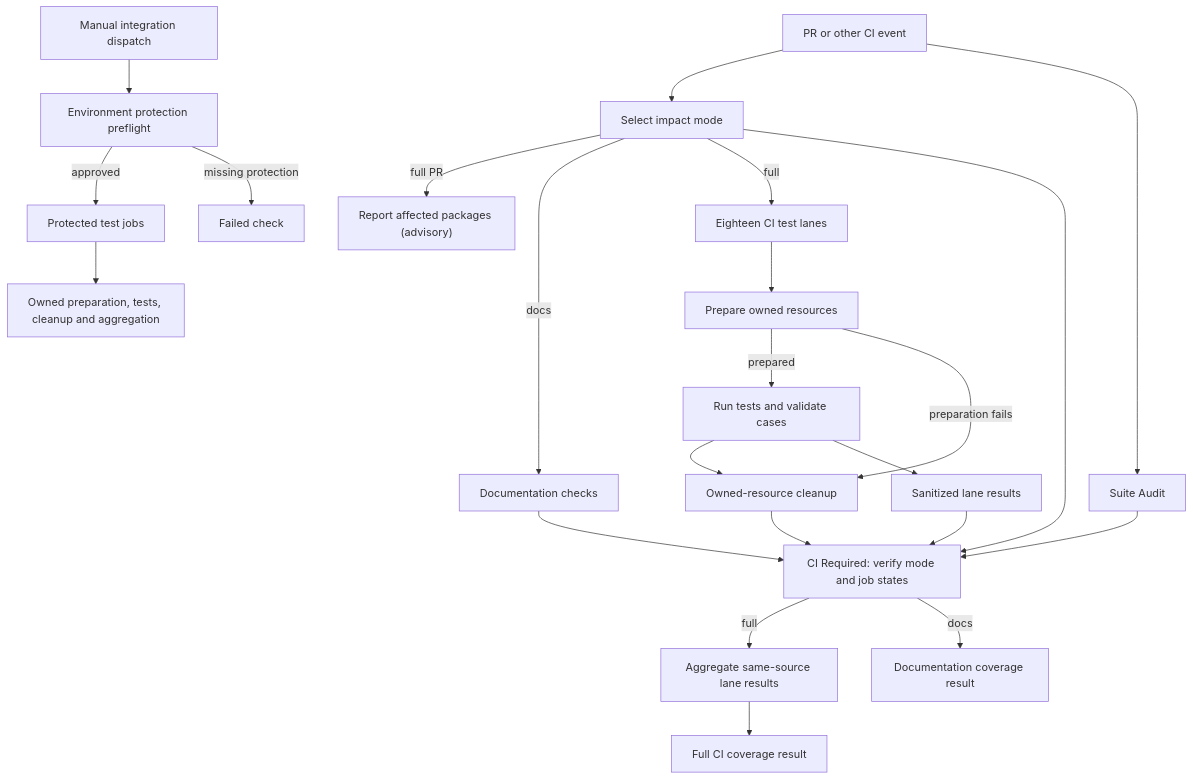
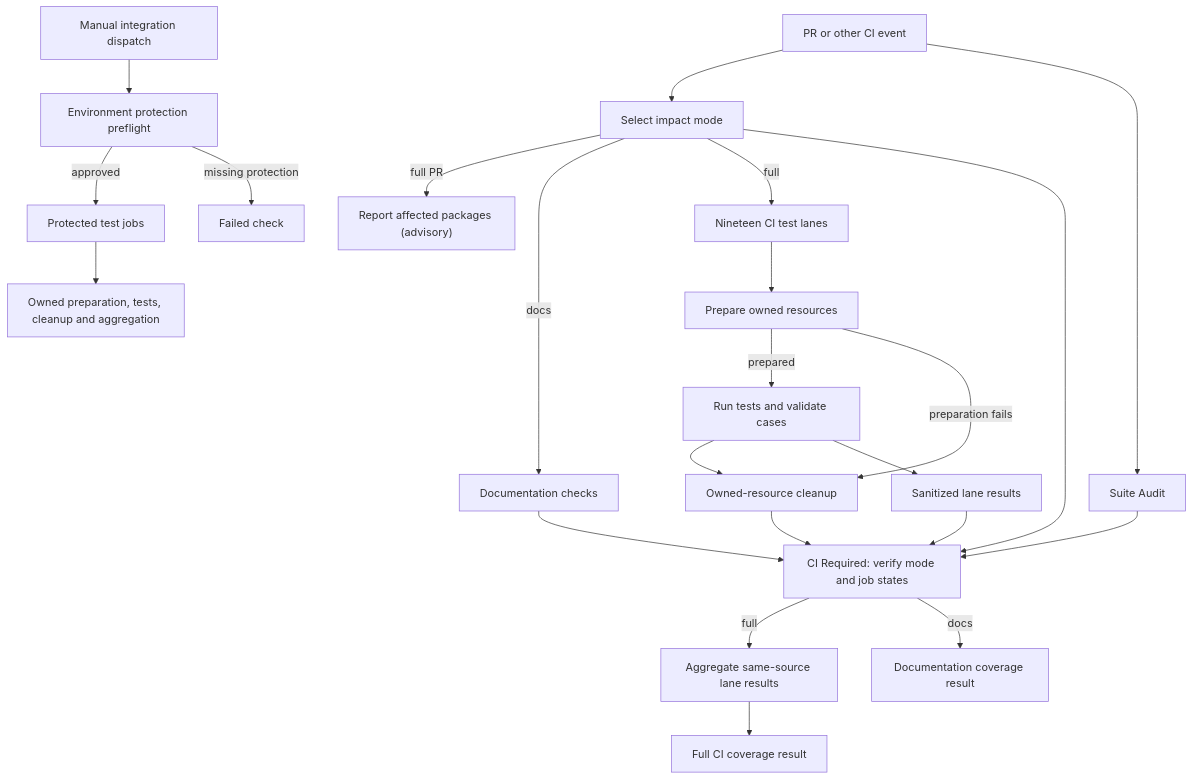
One commit to IsaiahStapleton/openclaw-enterprise changed the diagram in docs/flows/github-actions-testing.md. Above: the diagram before and after it, drawn with Mermaid. The commit also changed other lines of this file and 2 other files, not shown here.

Commit message:
docs(testing): describe the four postgresql lanes

````diff
--- a/docs/flows/github-actions-testing.md
+++ b/docs/flows/github-actions-testing.md
@@ -21,25 +21,25 @@
 ```mermaid
 graph TD
   A["PR or other CI event"] --> S["Select impact mode"]
   A --> N["Suite Audit"]
   S -->|full PR| Q["Report affected packages (advisory)"]
   S -->|docs| D["Documentation checks"]
-  S -->|full| B["Eighteen CI test lanes"]
+  S -->|full| B["Nineteen CI test lanes"]
   B --> F["Prepare owned resources"]
   F -->|prepared| H["Run tests and validate cases"]
   F -->|preparation fails| J["Owned-resource cleanup"]
   H --> J
   H --> K["Sanitized lane results"]
   J --> G["CI Required: verify mode and job states"]
   S --> G
   N --> G
   D --> G
   K --> G
   G -->|full| L["Aggregate same-source lane results"]
   G -->|docs| M["Documentation coverage result"]
   L --> R["Full CI coverage result"]
   C["Manual integration dispatch"] --> P["Environment protection preflight"]
   P -->|approved| E["Protected test jobs"]
   P -->|missing protection| X["Failed check"]
   E --> T["Owned preparation, tests, cleanup and aggregation"]
 ```
````
